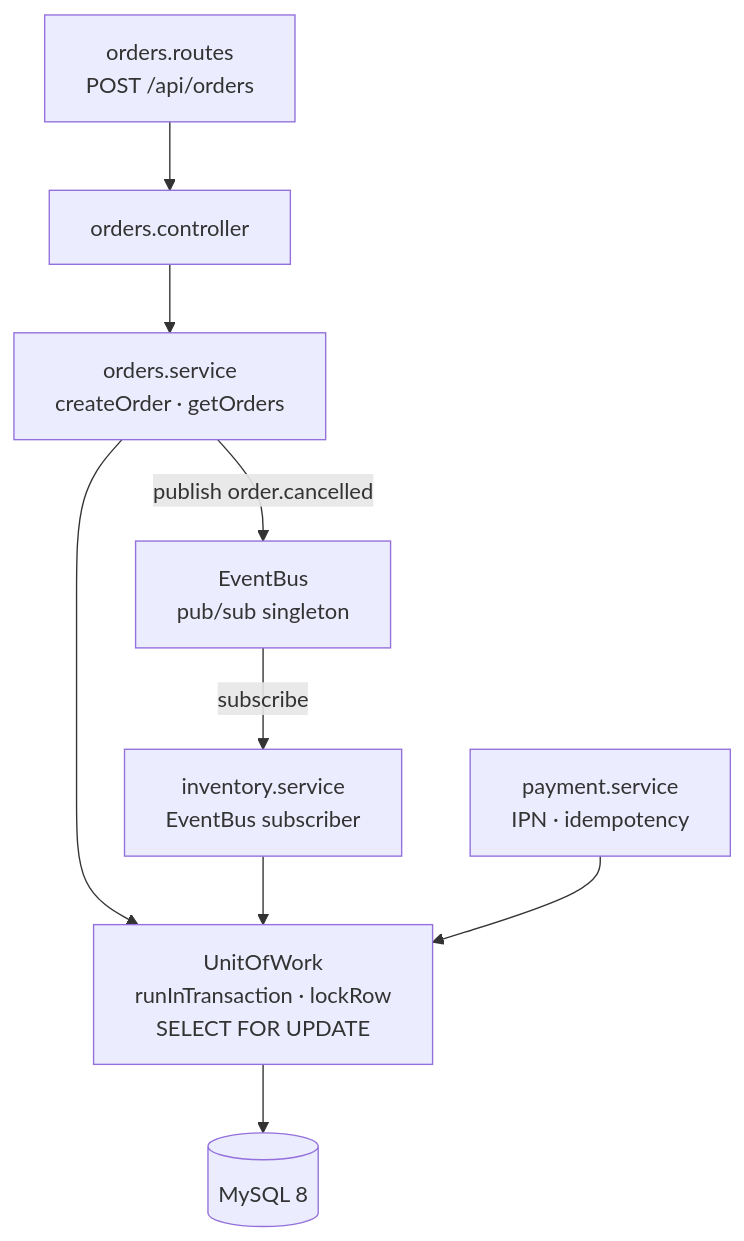
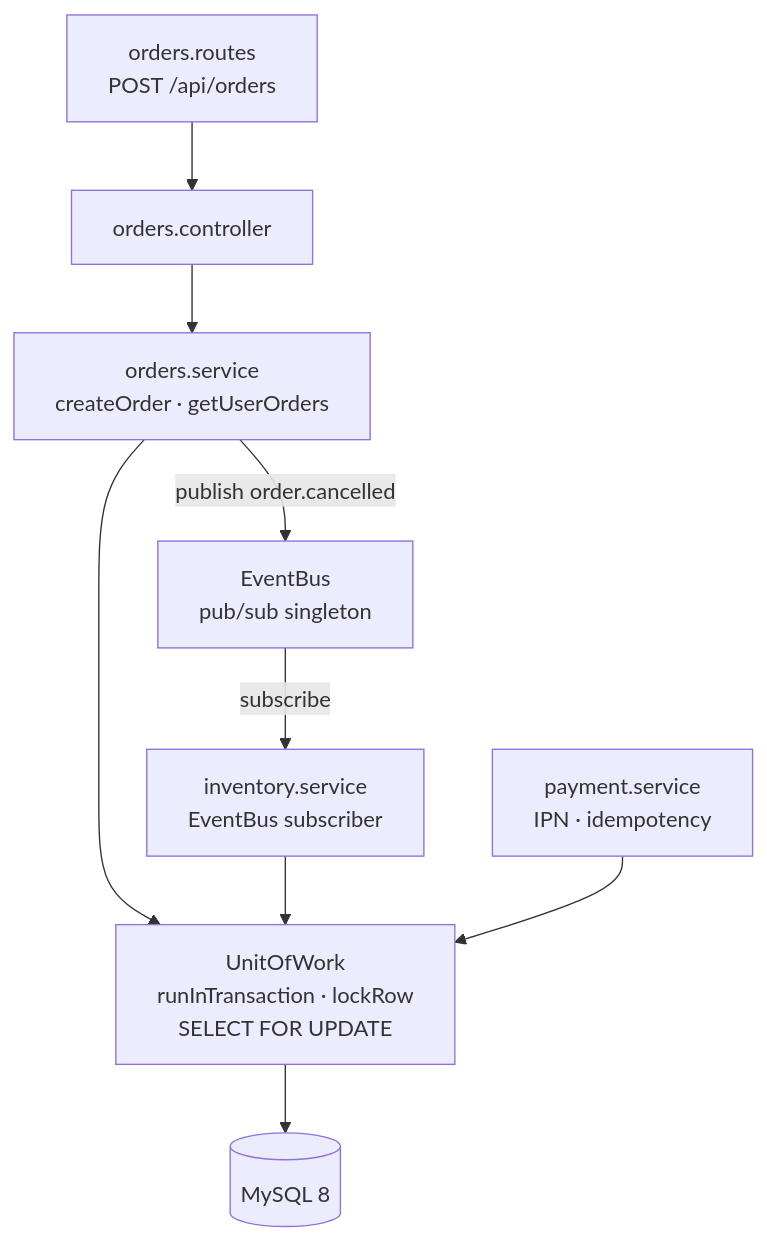
Diagram 44 of 47 in DIAGRAMS.md (MinhThang1009/E-commerce-website), drawn with Mermaid before and after one commit. The commit also changed other lines of this file, not shown here.

First line of the commit message:
docs(diagrams): sửa §2/§7/§8 khớp code sau audit per-element

````diff
--- a/DIAGRAMS.md
+++ b/DIAGRAMS.md
@@ -1863,20 +1862,20 @@
 ```mermaid
 flowchart TB
     ORDS_R["orders.routes<br/>POST /api/orders"]
     ORDS_C["orders.controller"]
-    ORDS_S["orders.service<br/>createOrder · getOrders"]
+    ORDS_S["orders.service<br/>createOrder · getUserOrders"]
     UOW["UnitOfWork<br/>runInTransaction · lockRow<br/>SELECT FOR UPDATE"]
     EBUS["EventBus<br/>pub/sub singleton"]
     INV_S["inventory.service<br/>EventBus subscriber"]
     PAY_S["payment.service<br/>IPN · idempotency"]
     DB[("MySQL 8")]
 
     ORDS_R --> ORDS_C
     ORDS_C --> ORDS_S
     ORDS_S --> UOW
     UOW --> DB
     ORDS_S -->|"publish order.cancelled"| EBUS
     EBUS -->|"subscribe"| INV_S
     INV_S --> UOW
     PAY_S --> UOW
 ```
````
